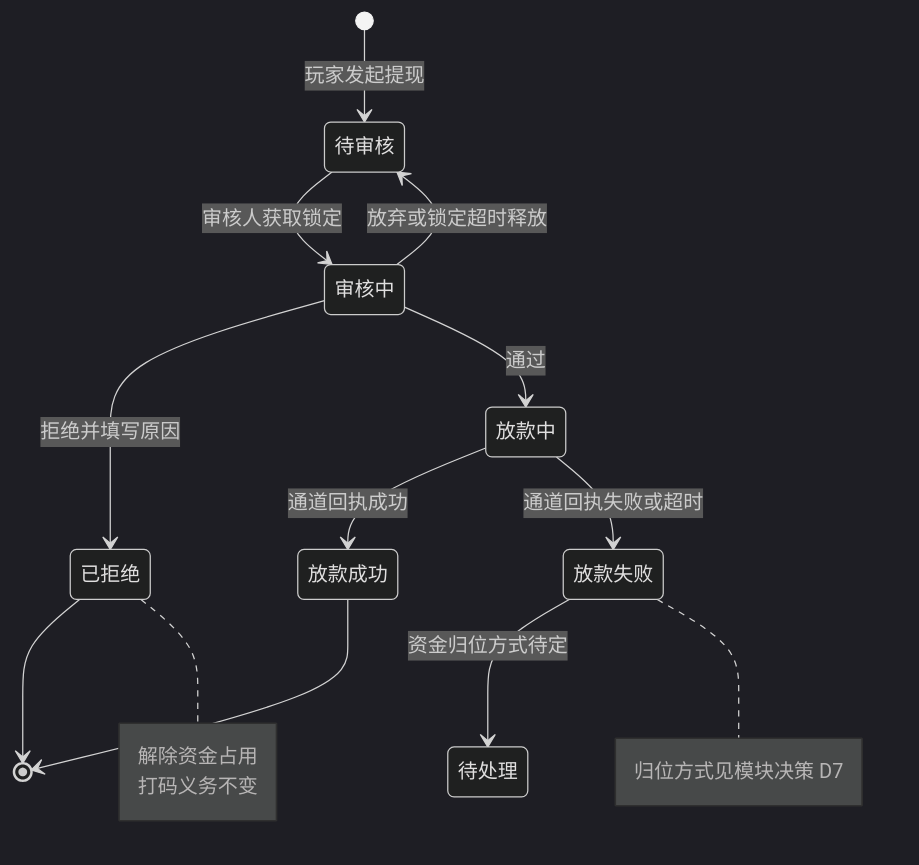
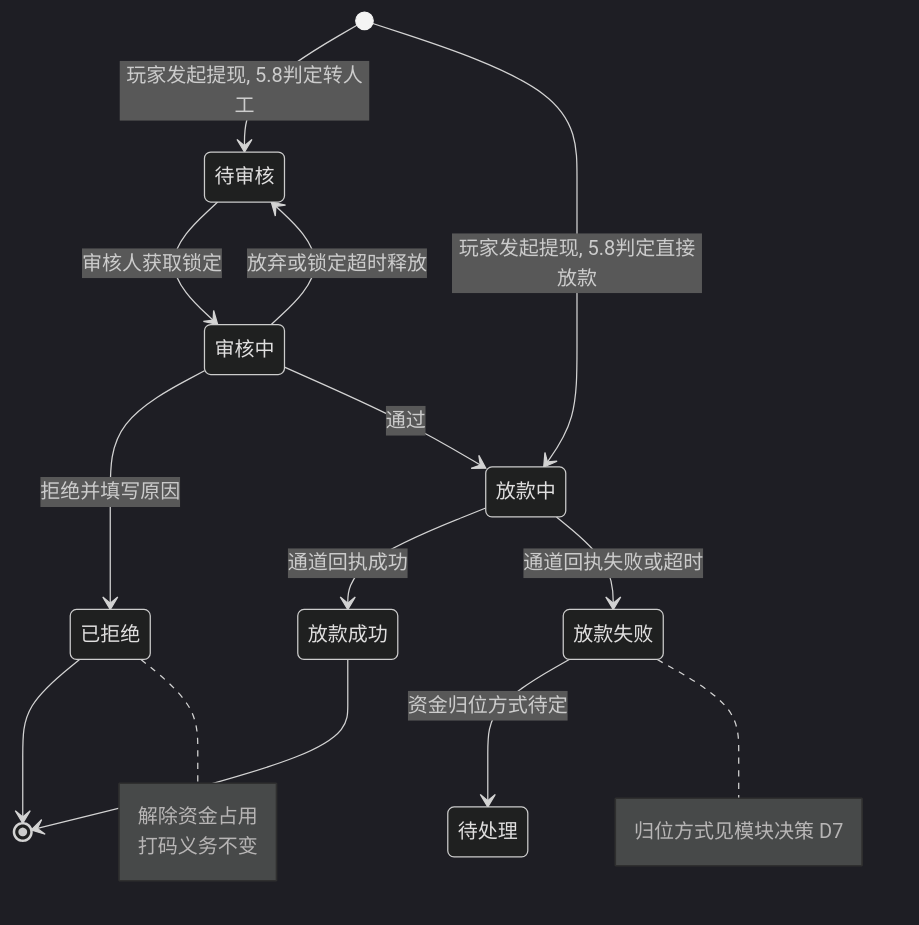
One commit to bingo-lab-1/bingo-figma changed the first of 2 diagrams in M5-财务管理/5.1-提现订单/README.md. Above: the diagram before and after it, drawn with Mermaid (dark theme). The commit also changed other lines of this file and 4 other files, not shown here.

````diff
--- a/M5-财务管理/5.1-提现订单/README.md
+++ b/M5-财务管理/5.1-提现订单/README.md
@@ -266,22 +267,23 @@
 ```mermaid
 stateDiagram-v2
-    [*] --> 待审核: 玩家发起提现
+    [*] --> 待审核: 玩家发起提现, 5.8判定转人工
+    [*] --> 放款中: 玩家发起提现, 5.8判定直接放款
     待审核 --> 审核中: 审核人获取锁定
     审核中 --> 待审核: 放弃或锁定超时释放
     审核中 --> 已拒绝: 拒绝并填写原因
     审核中 --> 放款中: 通过
     放款中 --> 放款成功: 通道回执成功
     放款中 --> 放款失败: 通道回执失败或超时
     放款失败 --> 待处理: 资金归位方式待定
     已拒绝 --> [*]
     放款成功 --> [*]
 
     note right of 已拒绝
         解除资金占用
         打码义务不变
     end note
 
     note right of 放款失败
         归位方式见模块决策 D7
     end note
 ```
````
